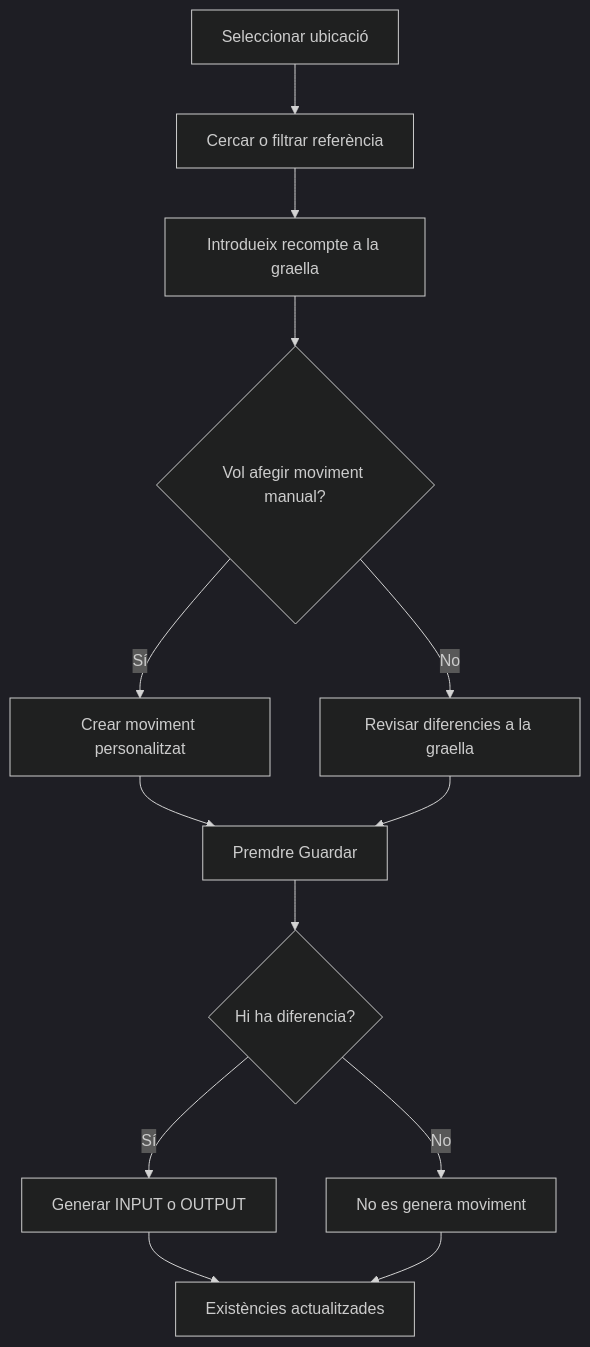
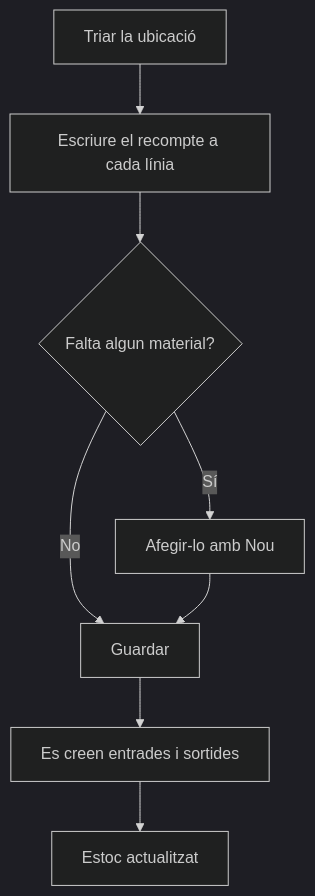
One commit to MGurtD/lilith changed the diagram in frontend/src/help/ca/warehouse/inventory/list.md. Above: the diagram before and after it, drawn with Mermaid (dark theme). The commit also changed other lines of this file and 331 other files, not shown here.

````diff
--- a/frontend/src/help/ca/warehouse/inventory/list.md
+++ b/frontend/src/help/ca/warehouse/inventory/list.md
@@ -43,15 +44,10 @@
 ```mermaid
 flowchart TD
-    A[Seleccionar ubicació] --> B[Cercar o filtrar referència]
-    B --> C[Introdueix recompte a la graella]
-    C --> D{Vol afegir moviment manual?}
-    D -->|Sí| E[Crear moviment personalitzat]
-    D -->|No| F[Revisar diferencies a la graella]
-    E --> G[Premdre Guardar]
-    F --> G
-    G --> H{Hi ha diferencia?}
-    H -->|Sí| I[Generar INPUT o OUTPUT]
-    H -->|No| J[No es genera moviment]
-    I --> K[Existències actualitzades]
-    J --> K
+    A[Triar la ubicació] --> B[Escriure el recompte a cada línia]
+    B --> C{Falta algun material?}
+    C -->|Sí| D[Afegir-lo amb Nou]
+    C -->|No| E[Guardar]
+    D --> E
+    E --> F[Es creen entrades i sortides]
+    F --> G[Estoc actualitzat]
 ```
````
